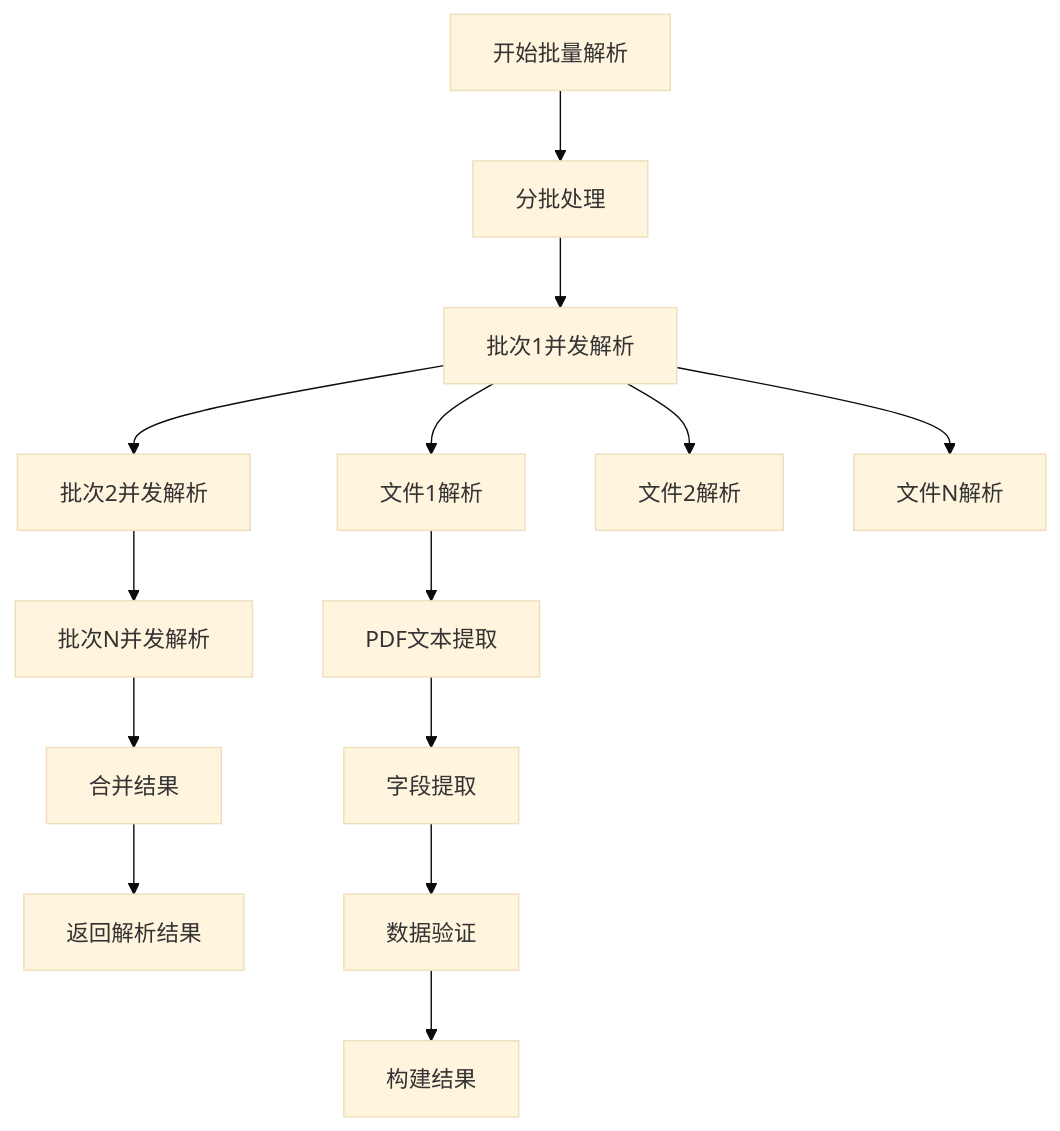
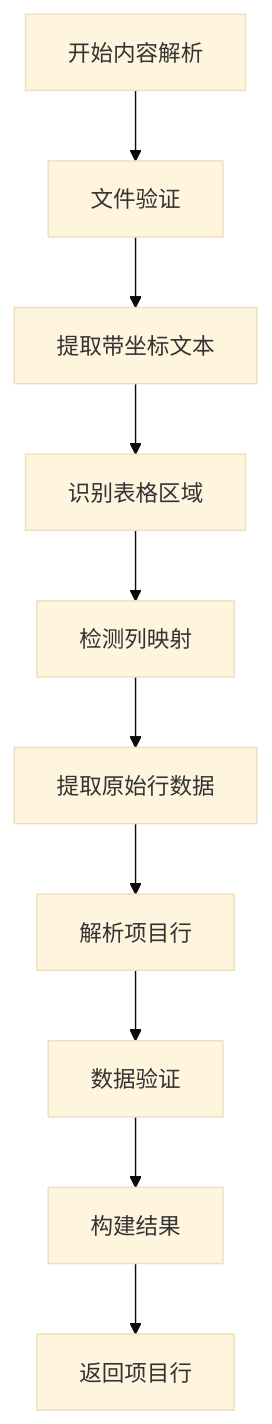
The fourth of 8 diagrams in .qoder/repowiki/zh/content/发票解析功能/发票解析功能.md (dunhuixiao/FinanceTools), drawn with Mermaid (base theme) before and after one commit. The commit also changed other lines of this file and 20 other files, not shown here.

````diff
--- a/.qoder/repowiki/zh/content/发票解析功能/发票解析功能.md
+++ b/.qoder/repowiki/zh/content/发票解析功能/发票解析功能.md
@@ -192,16 +247,12 @@
 ```mermaid
 flowchart TD
-A[开始批量解析] --> B[分批处理]
-B --> C[批次1并发解析]
-C --> D[批次2并发解析]
-D --> E[批次N并发解析]
-E --> F[合并结果]
-F --> G[返回解析结果]
-C --> C1[文件1解析]
-C --> C2[文件2解析]
-C --> C3[文件N解析]
-C1 --> C11[PDF文本提取]
-C11 --> C12[字段提取]
-C12 --> C13[数据验证]
-C13 --> C14[构建结果]
+A[开始内容解析] --> B[文件验证]
+B --> C[提取带坐标文本]
+C --> D[识别表格区域]
+D --> E[检测列映射]
+E --> F[提取原始行数据]
+F --> G[解析项目行]
+G --> H[数据验证]
+H --> I[构建结果]
+I --> J[返回项目行]
 ```
````
